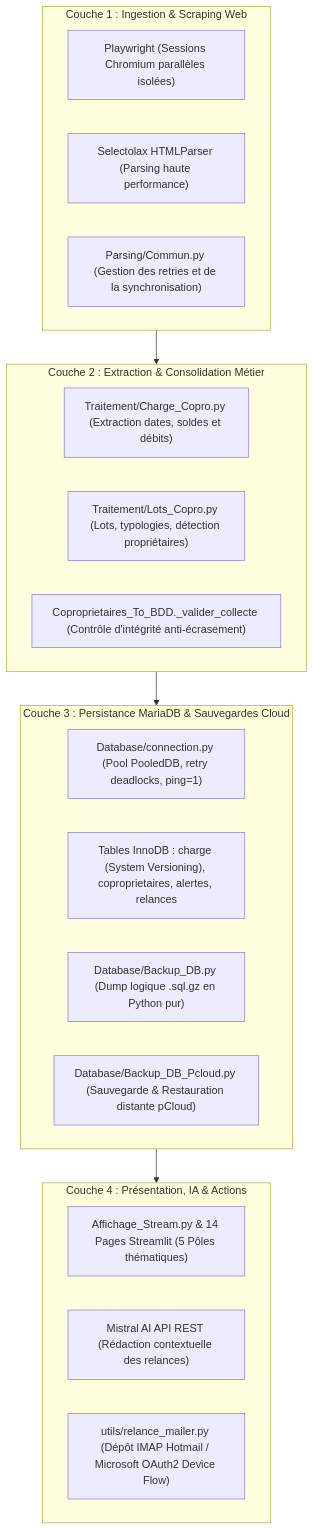
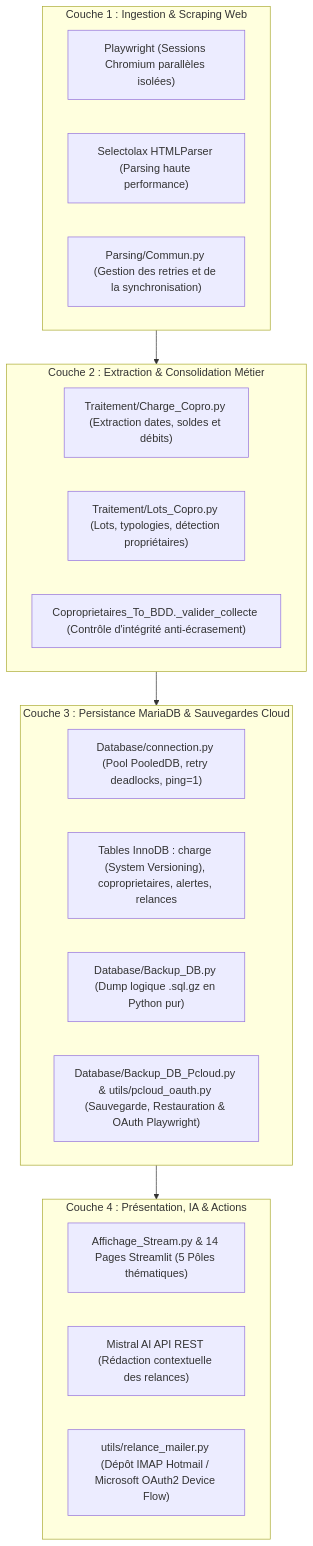
One commit to therealcorwin/CPTCOPRO changed the first of 9 diagrams in reports/call_graph.md. Above: the diagram before and after it, drawn with Mermaid. The commit also changed other lines of this file and 3 other files, not shown here.

Commit message:
docs: update copilot instructions and call graph documentation; add pCloud OAuth2 automation details test: add tests for pCloud OAuth2 utility functions chore: update .gitignore to exclude copilot instructions and agents documentation

````diff
--- a/reports/call_graph.md
+++ b/reports/call_graph.md
@@ -26,31 +26,31 @@
 ```mermaid
 flowchart TB
     subgraph LAYER1["Couche 1 : Ingestion & Scraping Web"]
         L1_playwright["Playwright (Sessions Chromium parallèles isolées)"]
         L1_selectolax["Selectolax HTMLParser (Parsing haute performance)"]
         L1_commun["Parsing/Commun.py (Gestion des retries et de la synchronisation)"]
     end
 
     subgraph LAYER2["Couche 2 : Extraction & Consolidation Métier"]
         L2_charge["Traitement/Charge_Copro.py (Extraction dates, soldes et débits)"]
         L2_lots["Traitement/Lots_Copro.py (Lots, typologies, détection propriétaires)"]
         L2_val["Coproprietaires_To_BDD._valider_collecte (Contrôle d'intégrité anti-écrasement)"]
     end
 
     subgraph LAYER3["Couche 3 : Persistance MariaDB & Sauvegardes Cloud"]
         L3_conn["Database/connection.py (Pool PooledDB, retry deadlocks, ping=1)"]
         L3_tables["Tables InnoDB : charge (System Versioning), coproprietaires, alertes, relances"]
         L3_backup["Database/Backup_DB.py (Dump logique .sql.gz en Python pur)"]
-        L3_pcloud["Database/Backup_DB_Pcloud.py (Sauvegarde & Restauration distante pCloud)"]
+        L3_pcloud["Database/Backup_DB_Pcloud.py & utils/pcloud_oauth.py (Sauvegarde, Restauration & OAuth Playwright)"]
     end
 
     subgraph LAYER4["Couche 4 : Présentation, IA & Actions"]
         L4_st["Affichage_Stream.py & 14 Pages Streamlit (5 Pôles thématiques)"]
         L4_ai["Mistral AI API REST (Rédaction contextuelle des relances)"]
         L4_imap["utils/relance_mailer.py (Dépôt IMAP Hotmail / Microsoft OAuth2 Device Flow)"]
     end
 
     LAYER1 --> LAYER2
     LAYER2 --> LAYER3
     LAYER3 --> LAYER4
 ```
````
